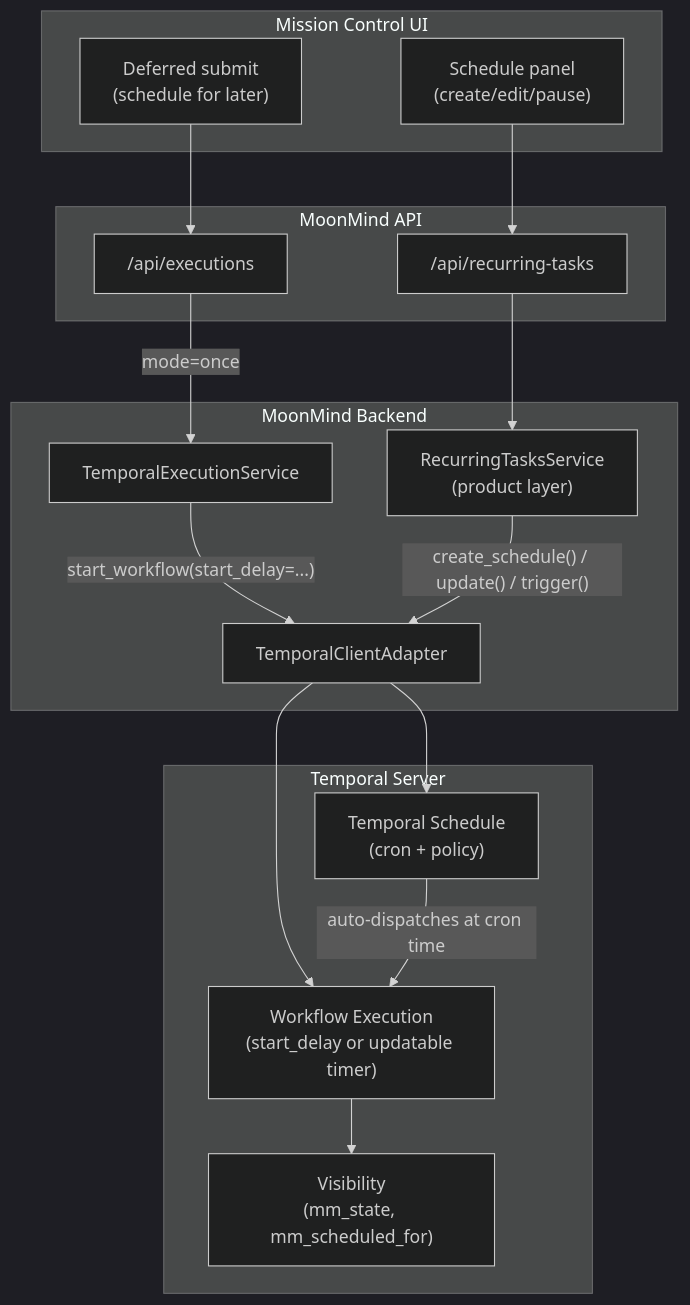
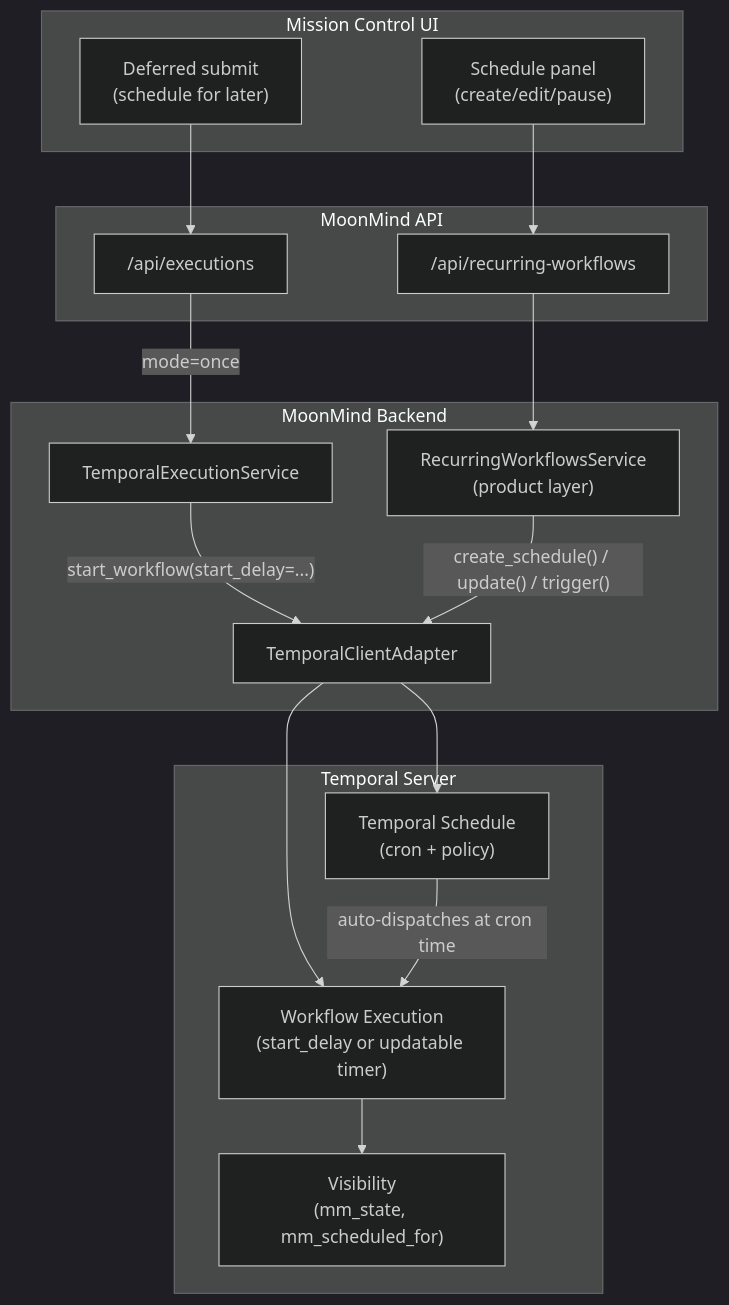
The diagram in docs/Temporal/TemporalScheduling.md (MoonLadderStudios/MoonMind), drawn with Mermaid (dark theme) before and after one commit. The commit also changed other lines of this file and 134 other files, not shown here.

````diff
--- a/docs/Temporal/TemporalScheduling.md
+++ b/docs/Temporal/TemporalScheduling.md
@@ -373,38 +373,38 @@
 ```mermaid
 flowchart TD
  subgraph "Mission Control UI"
  UI_SCHEDULE["Schedule panel<br/>(create/edit/pause)"]
  UI_DEFERRED["Deferred submit<br/>(schedule for later)"]
  end
 
  subgraph "MoonMind API"
  API_EXEC["/api/executions"]
- API_RECUR["/api/recurring-tasks"]
+ API_RECUR["/api/recurring-workflows"]
  end
 
  subgraph "MoonMind Backend"
  SVC_EXEC["TemporalExecutionService"]
- SVC_RECUR["RecurringTasksService<br/>(product layer)"]
+ SVC_RECUR["RecurringWorkflowsService<br/>(product layer)"]
  ADAPTER["TemporalClientAdapter"]
  end
 
  subgraph "Temporal Server"
  T_WF["Workflow Execution<br/>(start_delay or updatable timer)"]
  T_SCHED["Temporal Schedule<br/>(cron + policy)"]
  T_VIS["Visibility<br/>(mm_state, mm_scheduled_for)"]
  end
 
  UI_DEFERRED --> API_EXEC
  UI_SCHEDULE --> API_RECUR
 
  API_EXEC -->|"mode=once"| SVC_EXEC
  API_RECUR --> SVC_RECUR
 
  SVC_EXEC -->|"start_workflow(start_delay=...)"| ADAPTER
  SVC_RECUR -->|"create_schedule() / update() / trigger()"| ADAPTER
 
  ADAPTER --> T_WF
  ADAPTER --> T_SCHED
  T_SCHED -->|"auto-dispatches at cron time"| T_WF
  T_WF --> T_VIS
 ```
````
